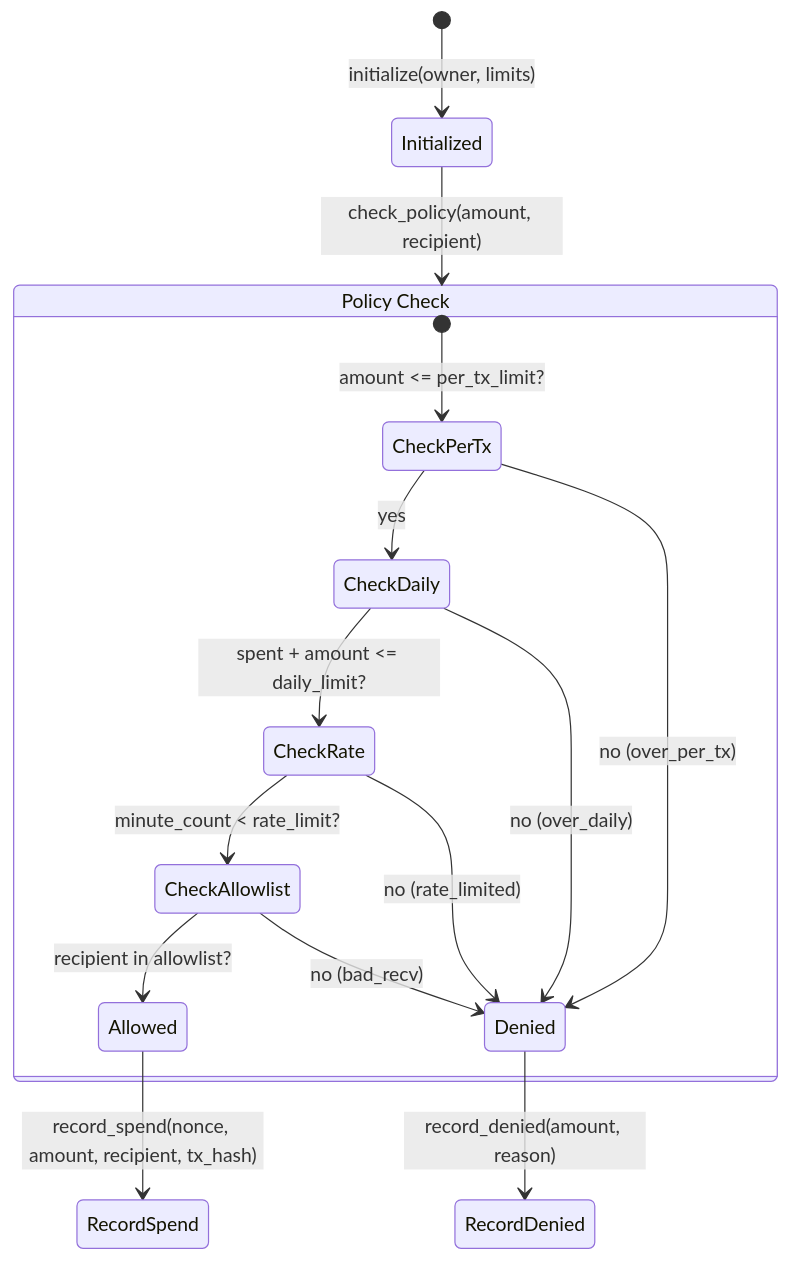
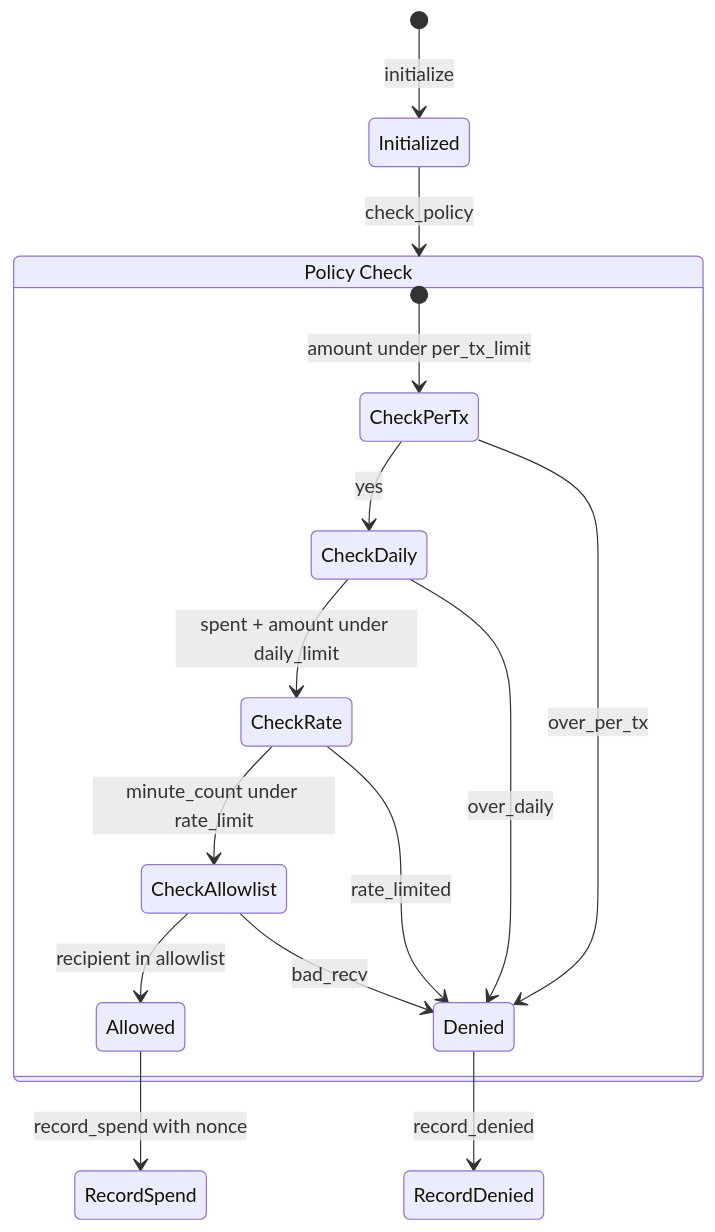
One commit to Andy00L/x402-autopilot changed the seventh of 7 diagrams in ARCHITECTURE.md. Above: the diagram before and after it, drawn with Mermaid. The commit also changed other lines of this file and 7 other files, not shown here.

````diff
--- a/ARCHITECTURE.md
+++ b/ARCHITECTURE.md
@@ -222,20 +239,20 @@
 ```mermaid
 stateDiagram-v2
-    [*] --> Initialized: initialize(owner, limits)
+    [*] --> Initialized: initialize
 
     state "Policy Check" as PC {
-        [*] --> CheckPerTx: amount <= per_tx_limit?
+        [*] --> CheckPerTx: amount under per_tx_limit
         CheckPerTx --> CheckDaily: yes
-        CheckPerTx --> Denied: no (over_per_tx)
-        CheckDaily --> CheckRate: spent + amount <= daily_limit?
-        CheckDaily --> Denied: no (over_daily)
-        CheckRate --> CheckAllowlist: minute_count < rate_limit?
-        CheckRate --> Denied: no (rate_limited)
-        CheckAllowlist --> Allowed: recipient in allowlist?
-        CheckAllowlist --> Denied: no (bad_recv)
+        CheckPerTx --> Denied: over_per_tx
+        CheckDaily --> CheckRate: spent + amount under daily_limit
+        CheckDaily --> Denied: over_daily
+        CheckRate --> CheckAllowlist: minute_count under rate_limit
+        CheckRate --> Denied: rate_limited
+        CheckAllowlist --> Allowed: recipient in allowlist
+        CheckAllowlist --> Denied: bad_recv
     }
 
-    Initialized --> PC: check_policy(amount, recipient)
-    Allowed --> RecordSpend: record_spend(nonce, amount, recipient, tx_hash)
-    Denied --> RecordDenied: record_denied(amount, reason)
+    Initialized --> PC: check_policy
+    Allowed --> RecordSpend: record_spend with nonce
+    Denied --> RecordDenied: record_denied
 ```
````
